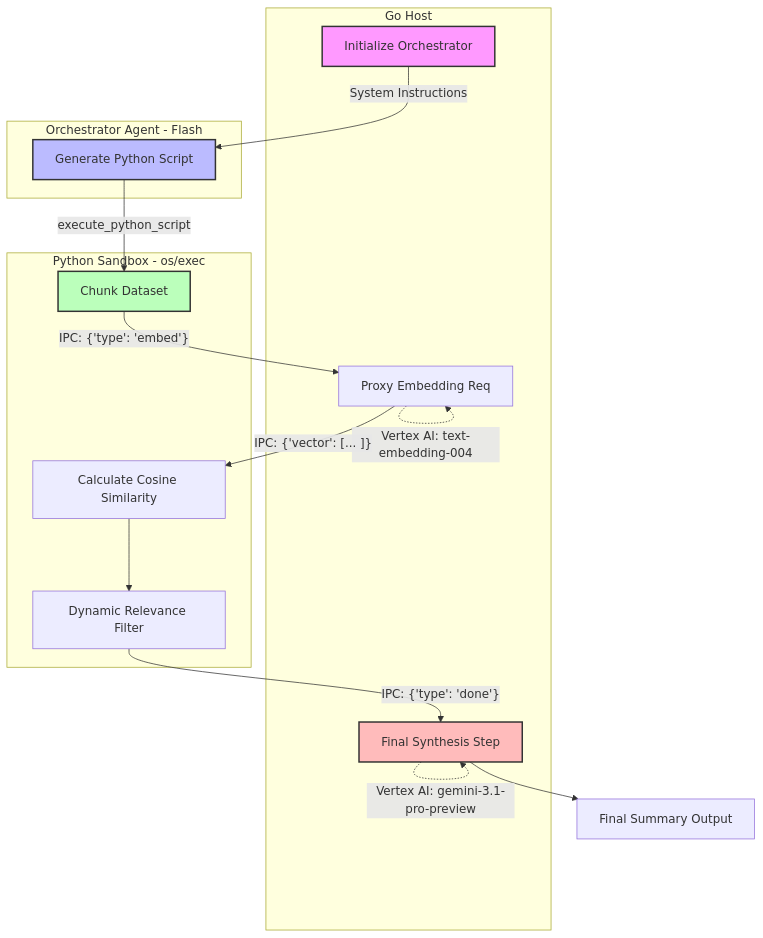
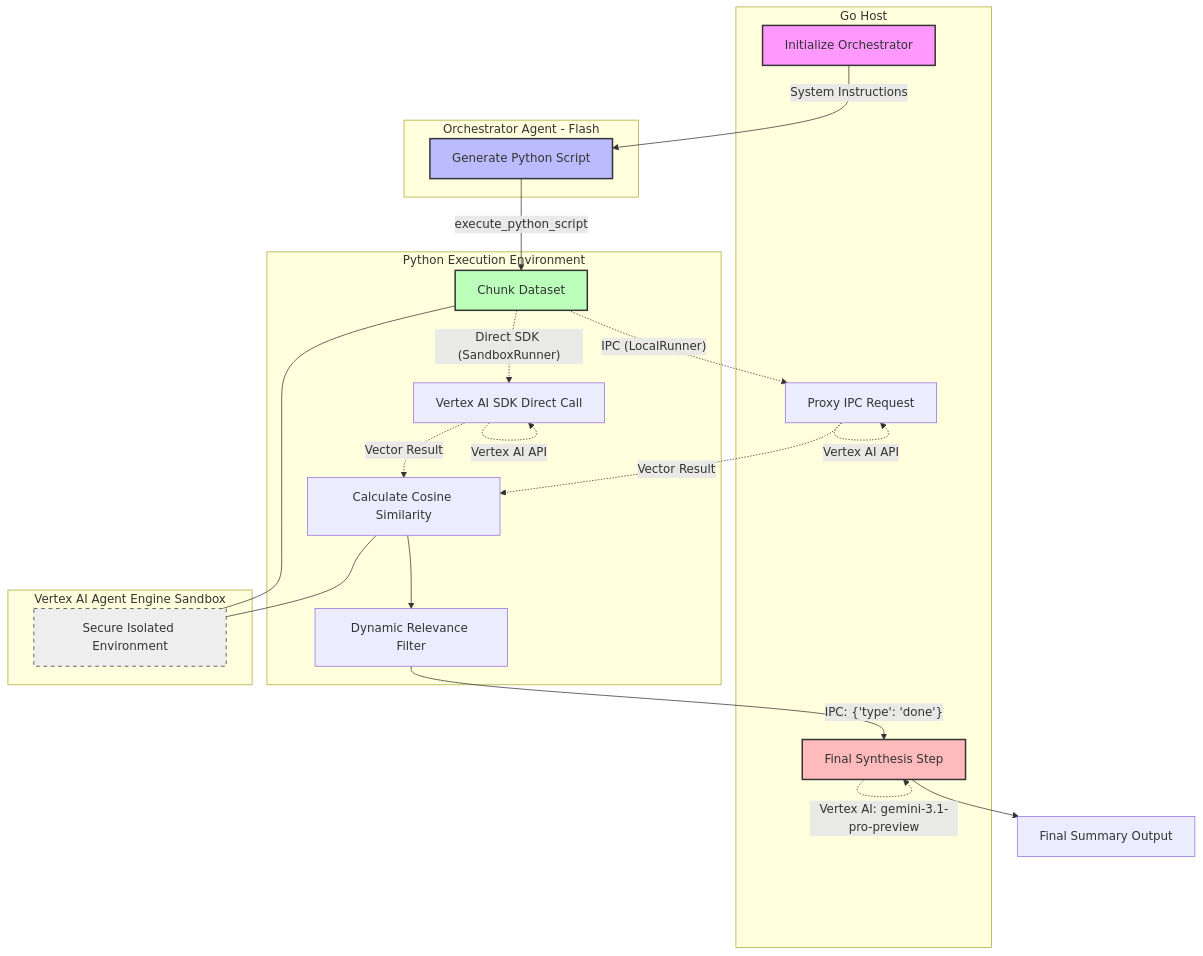
Before and after one commit to iuriikogan/code-sandbox-repl-rag: the diagram in WORKFLOW.md, drawn with Mermaid. The commit also changed other lines of this file, not shown here.

Commit message:
docs: update workflow diagram to include SandboxRunner and direct SDK paths

````diff
--- a/WORKFLOW.md
+++ b/WORKFLOW.md
@@ -5,36 +5,53 @@
 ```mermaid
 graph TD
     %% Roles and Definitions
     subgraph GoHost [Go Host]
         A[Initialize Orchestrator]
-        E[Proxy Embedding Req]
+        E[Proxy IPC Request]
         G[Final Synthesis Step]
     end
 
     subgraph Orchestrator [Orchestrator Agent - Flash]
         B[Generate Python Script]
     end
 
-    subgraph PythonSandbox [Python Sandbox - os/exec]
+    subgraph PythonExecution [Python Execution Environment]
         C[Chunk Dataset]
         D[Calculate Cosine Similarity]
         F[Dynamic Relevance Filter]
+        I[Vertex AI SDK Direct Call]
+    end
+
+    subgraph VertexSandbox [Vertex AI Agent Engine Sandbox]
+        J[Secure Isolated Environment]
     end
 
     %% Flow
     A -->|System Instructions| B
     B -->|execute_python_script| C
-    C -->|"IPC: {'type': 'embed'}"| E
-    E -.->|Vertex AI: text-embedding-004| E
-    E -->|"IPC: {'vector': [... ]}"| D
+    
+    %% Local Path
+    C -.->|"IPC (LocalRunner)"| E
+    E -.->|Vertex AI API| E
+    E -.->|"Vector Result"| D
+
+    %% Sandbox Path
+    C -.->|"Direct SDK (SandboxRunner)"| I
+    I -.->|Vertex AI API| I
+    I -.->|"Vector Result"| D
+    
+    C --- J
+    D --- J
+    
     D --> F
     F -->|"IPC: {'type': 'done'}"| G
     G -.->|Vertex AI: gemini-3.1-pro-preview| G
     G --> H[Final Summary Output]
 
     %% Styling
     style A fill:#f9f,stroke:#333,stroke-width:2px
     style B fill:#bbf,stroke:#333,stroke-width:2px
     style C fill:#bfb,stroke:#333,stroke-width:2px
     style G fill:#fbb,stroke:#333,stroke-width:2px
+    style J fill:#eee,stroke:#333,stroke-dasharray: 5 5
 ```
````
